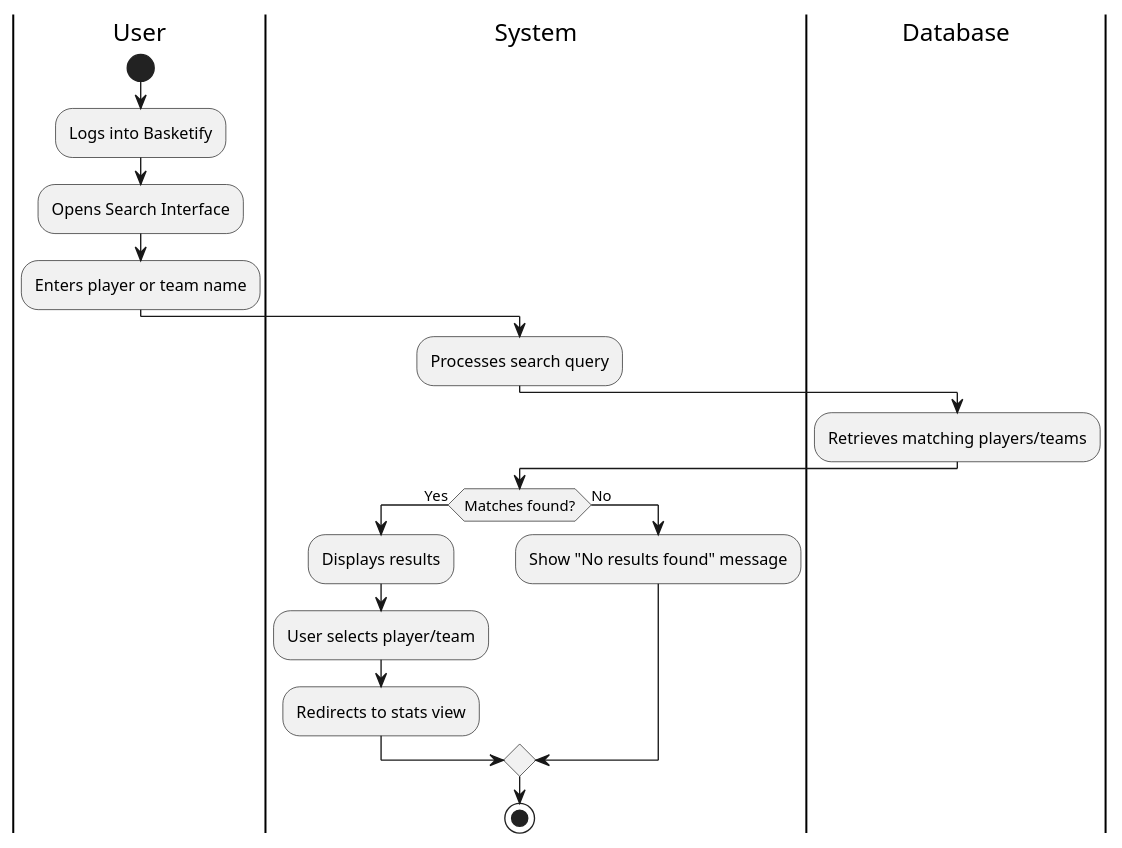
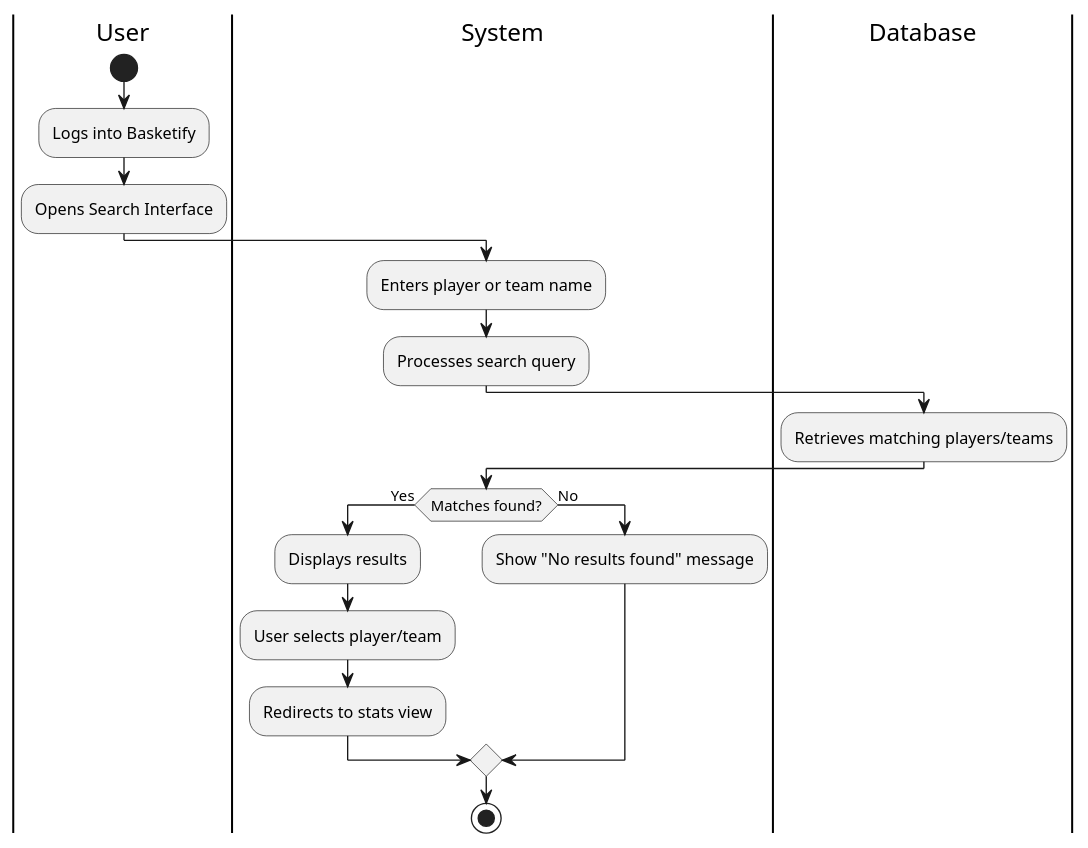
One commit to arongu321/Basketify_SBX changed the third of 9 diagrams in diagrams/Activity/activity.puml. Above: the diagram before and after it, drawn with PlantUML. The commit also changed other lines of this file and 1 other file, not shown here.

Commit message:
Tweaks to ER and activity diagrams

```diff
--- a/diagrams/Activity/activity.puml
+++ b/diagrams/Activity/activity.puml
@@ -101,22 +141,24 @@
 @startuml SearchFunctionality
 |User|
 start
 :Logs into Basketify;
 :Opens Search Interface;
+
+|System|
 :Enters player or team name;
 
 |System|
 :Processes search query;
 |Database|
 :Retrieves matching players/teams;
 
 |System|
 if (Matches found?) then (Yes)
     :Displays results;
     :User selects player/team;
     :Redirects to stats view;
 else (No)
     :Show "No results found" message;
 endif
 stop
 @enduml
```
